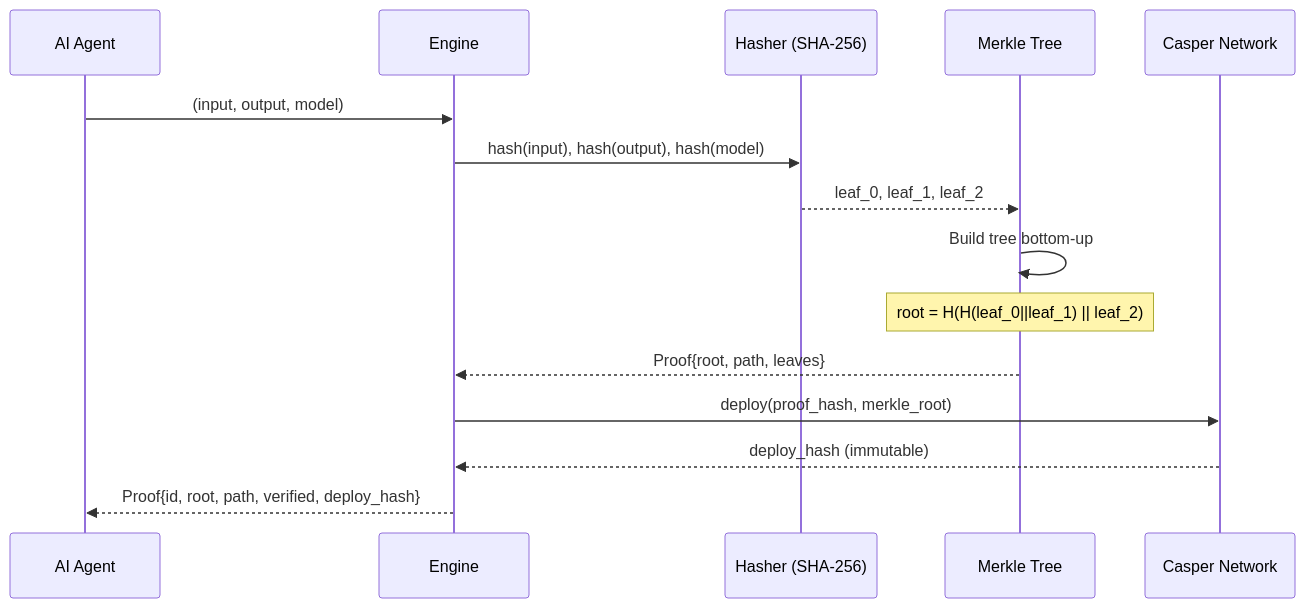
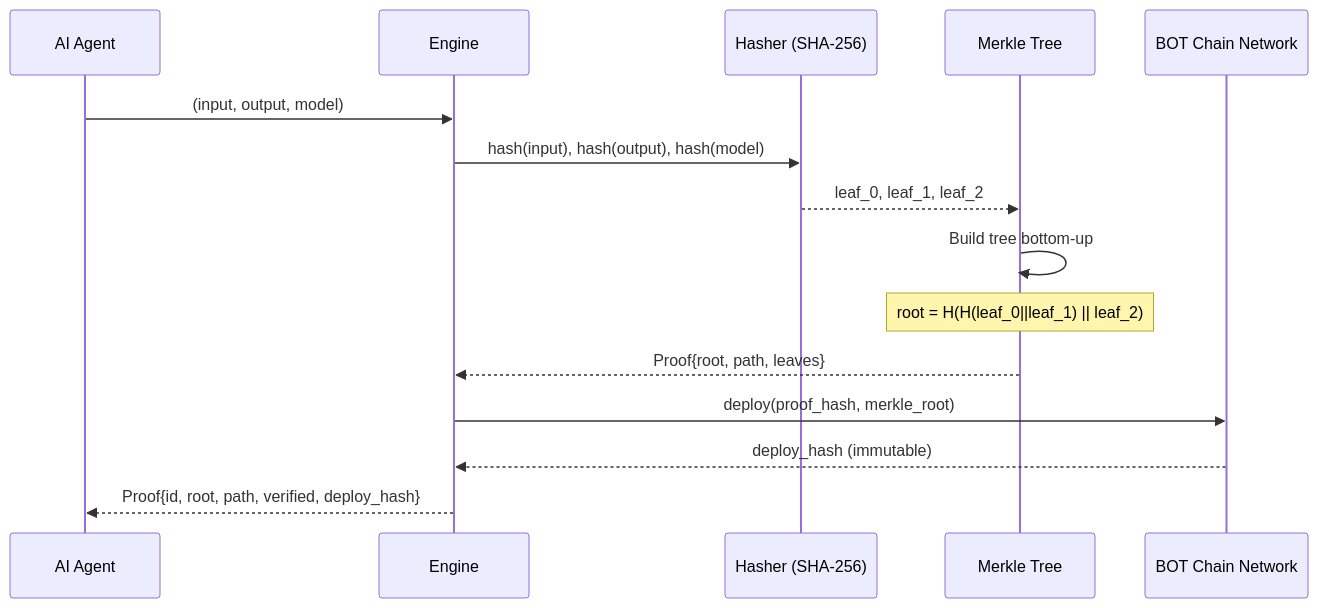
The second of 5 diagrams in docs/ARCHITECTURE.md (githoboman/Bot-prove), drawn with Mermaid before and after one commit. The commit also changed other lines of this file and 257 other files, not shown here.

````diff
--- a/docs/ARCHITECTURE.md
+++ b/docs/ARCHITECTURE.md
@@ -63,18 +63,18 @@
 ```mermaid
 sequenceDiagram
     participant A as AI Agent
     participant E as Engine
     participant H as Hasher (SHA-256)
     participant M as Merkle Tree
-    participant C as Casper Network
+    participant C as BOT Chain Network
 
     A->>E: (input, output, model)
     E->>H: hash(input), hash(output), hash(model)
     H-->>M: leaf_0, leaf_1, leaf_2
     M->>M: Build tree bottom-up
     Note over M: root = H(H(leaf_0||leaf_1) || leaf_2)
     M-->>E: Proof{root, path, leaves}
     E->>C: deploy(proof_hash, merkle_root)
     C-->>E: deploy_hash (immutable)
     E-->>A: Proof{id, root, path, verified, deploy_hash}
 ```
````
